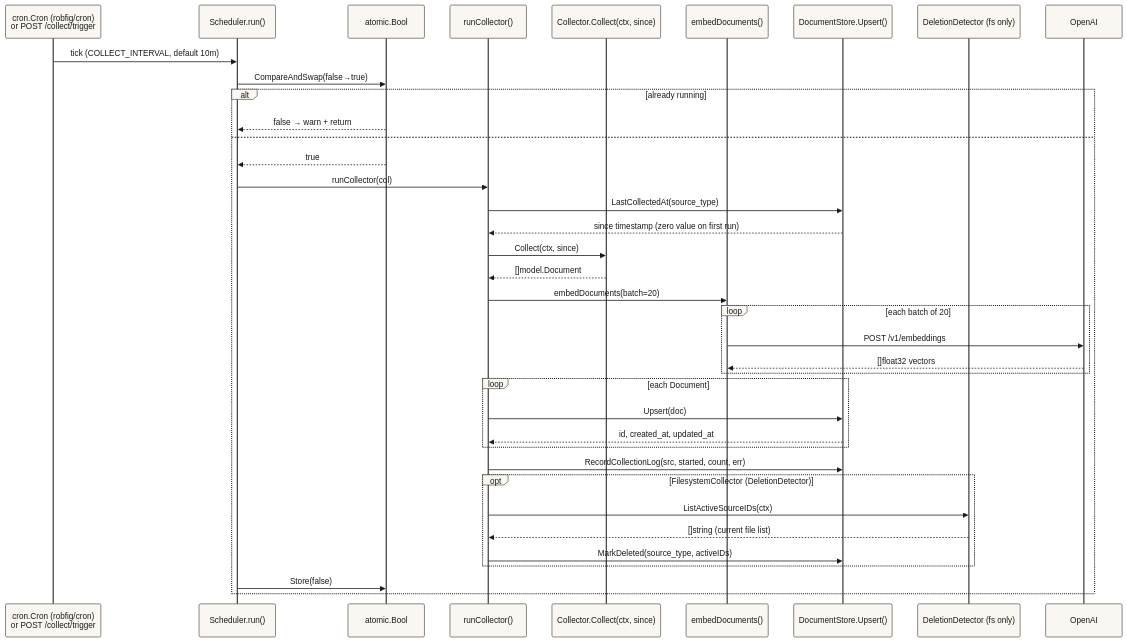
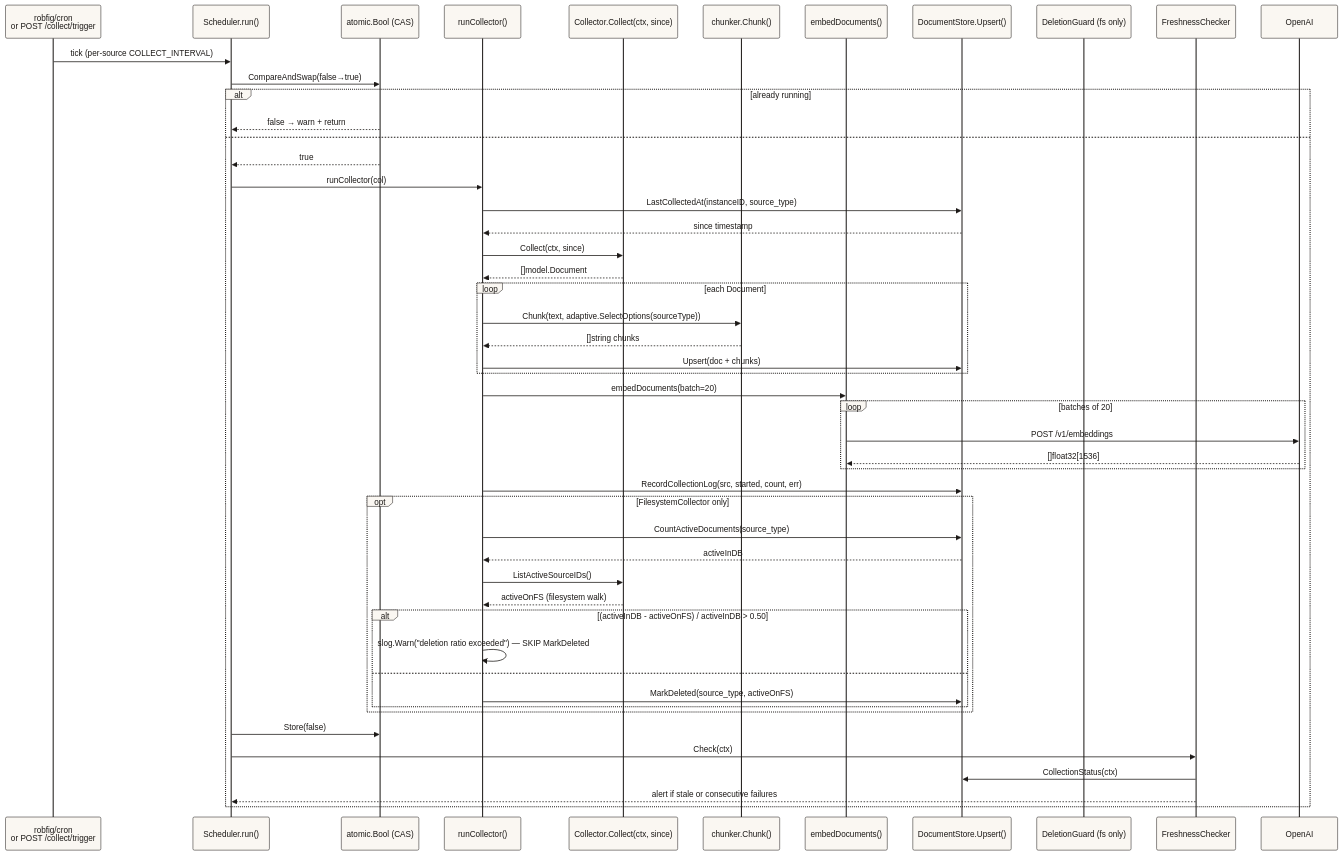
The fourth of 6 diagrams in ARCHITECTURE.en.md (baekenough/second-brain), drawn with Mermaid before and after one commit. The commit also changed other lines of this file and 3 other files, not shown here.

First line of the commit message:
docs: update README + ARCHITECTURE to v0.20.4

````diff
--- a/ARCHITECTURE.en.md
+++ b/ARCHITECTURE.en.md
@@ -333,54 +376,72 @@
 ```mermaid
 %%{init: {
   "theme": "base",
   "themeVariables": {
     "background": "#faf7f2",
     "primaryColor": "#faf7f2",
     "primaryTextColor": "#1c1917",
     "primaryBorderColor": "#1c1917",
     "lineColor": "#57534e",
     "secondaryColor": "#f0ebe3",
     "tertiaryColor": "#faf7f2",
     "fontFamily": "-apple-system, BlinkMacSystemFont, Geist, Inter, sans-serif",
     "fontSize": "13px"
   }
 }}%%
 sequenceDiagram
-    participant CRON as cron.Cron (robfig/cron)<br/>or POST /collect/trigger
+    participant CRON as robfig/cron<br/>or POST /collect/trigger
     participant SCHED as Scheduler.run()
-    participant CAS as atomic.Bool
+    participant CAS as atomic.Bool (CAS)
     participant RC as runCollector()
     participant COL as Collector.Collect(ctx, since)
+    participant CHUNK as chunker.Chunk()
     participant EMBED as embedDocuments()
     participant STORE as DocumentStore.Upsert()
-    participant DD as DeletionDetector (fs only)
+    participant GUARD as DeletionGuard (fs only)
+    participant FRESH as FreshnessChecker
 
-    CRON->>SCHED: tick (COLLECT_INTERVAL, default 10m)
+    CRON->>SCHED: tick (per-source COLLECT_INTERVAL)
     SCHED->>CAS: CompareAndSwap(false→true)
     alt already running
         CAS-->>SCHED: false → warn + return
     else
         CAS-->>SCHED: true
         SCHED->>RC: runCollector(col)
-        RC->>STORE: LastCollectedAt(source_type)
-        STORE-->>RC: since timestamp (zero value on first run)
+        RC->>STORE: LastCollectedAt(instanceID, source_type)
+        STORE-->>RC: since timestamp
         RC->>COL: Collect(ctx, since)
         COL-->>RC: []model.Document
+
+        loop each Document
+            RC->>CHUNK: Chunk(text, adaptive.SelectOptions(sourceType))
+            CHUNK-->>RC: []string chunks
+            RC->>STORE: Upsert(doc + chunks)
+        end
+
         RC->>EMBED: embedDocuments(batch=20)
-        loop each batch of 20
+        loop batches of 20
             EMBED->>OpenAI: POST /v1/embeddings
-            OpenAI-->>EMBED: []float32 vectors
+            OpenAI-->>EMBED: []float32[1536]
         end
-        loop each Document
-            RC->>STORE: Upsert(doc)
-            STORE-->>RC: id, created_at, updated_at
+
+        RC->>STORE: RecordCollectionLog(src, started, count, err)
+
+        opt FilesystemCollector only
+            RC->>STORE: CountActiveDocuments(source_type)
+            STORE-->>RC: activeInDB
+            RC->>COL: ListActiveSourceIDs()
+            COL-->>RC: activeOnFS (filesystem walk)
+
+            alt (activeInDB - activeOnFS) / activeInDB > 0.50
+                RC->>RC: slog.Warn("deletion ratio exceeded") — SKIP MarkDeleted
+            else
+                RC->>STORE: MarkDeleted(source_type, activeOnFS)
+            end
         end
-        RC->>STORE: RecordCollectionLog(src, started, count, err)
-        opt FilesystemCollector (DeletionDetector)
-            RC->>DD: ListActiveSourceIDs(ctx)
-            DD-->>RC: []string (current file list)
-            RC->>STORE: MarkDeleted(source_type, activeIDs)
-        end
+
         SCHED->>CAS: Store(false)
+        SCHED->>FRESH: Check(ctx)
+        FRESH->>STORE: CollectionStatus(ctx)
+        FRESH-->>SCHED: alert if stale or consecutive failures
     end
 ```
````
